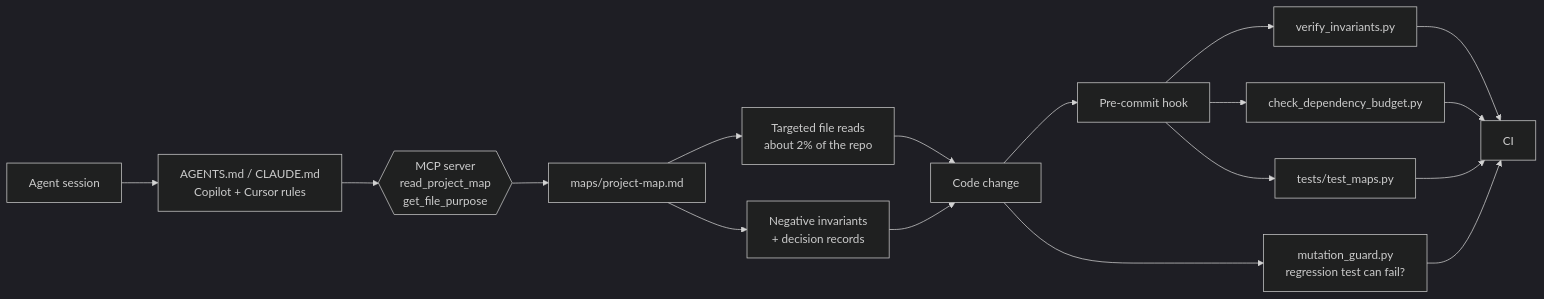
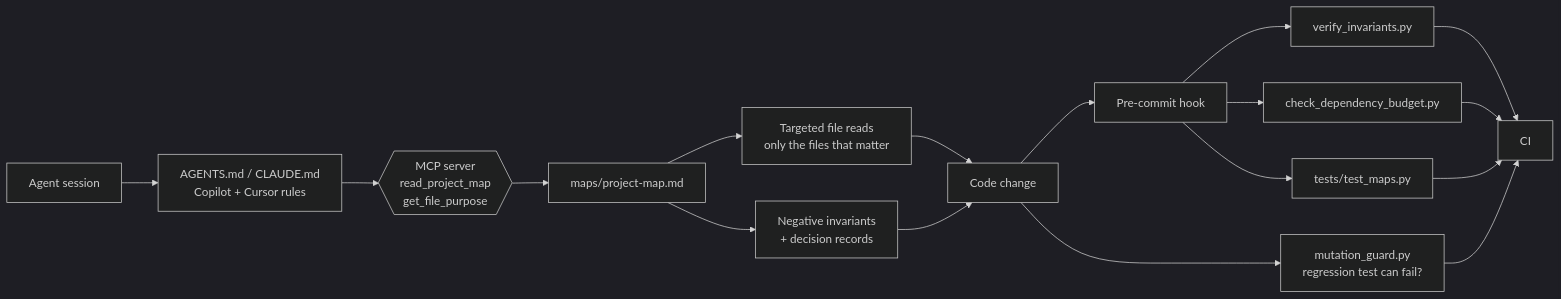
One commit to umitkrkmz/ai-context-mapping changed the diagram in README.md. Above: the diagram before and after it, drawn with Mermaid (dark theme). The commit also changed other lines of this file and 236 other files, not shown here.

````diff
--- a/README.md
+++ b/README.md
@@ -60,19 +60,19 @@
 ```mermaid
 flowchart LR
     A[Agent session] --> B[AGENTS.md / CLAUDE.md<br/>Copilot + Cursor rules]
     B --> C{{MCP server<br/>read_project_map<br/>get_file_purpose}}
     C --> D[maps/project-map.md]
-    D --> E[Targeted file reads<br/>about 2% of the repo]
+    D --> E[Targeted file reads<br/>only the files that matter]
     D --> F[Negative invariants<br/>+ decision records]
     E --> G[Code change]
     F --> G
     G --> H[Pre-commit hook]
     H --> I[verify_invariants.py]
     H --> J[check_dependency_budget.py]
     H --> K[tests/test_maps.py]
     G --> L[mutation_guard.py<br/>regression test can fail?]
     I --> M[CI]
     J --> M
     K --> M
     L --> M
 ```
````
